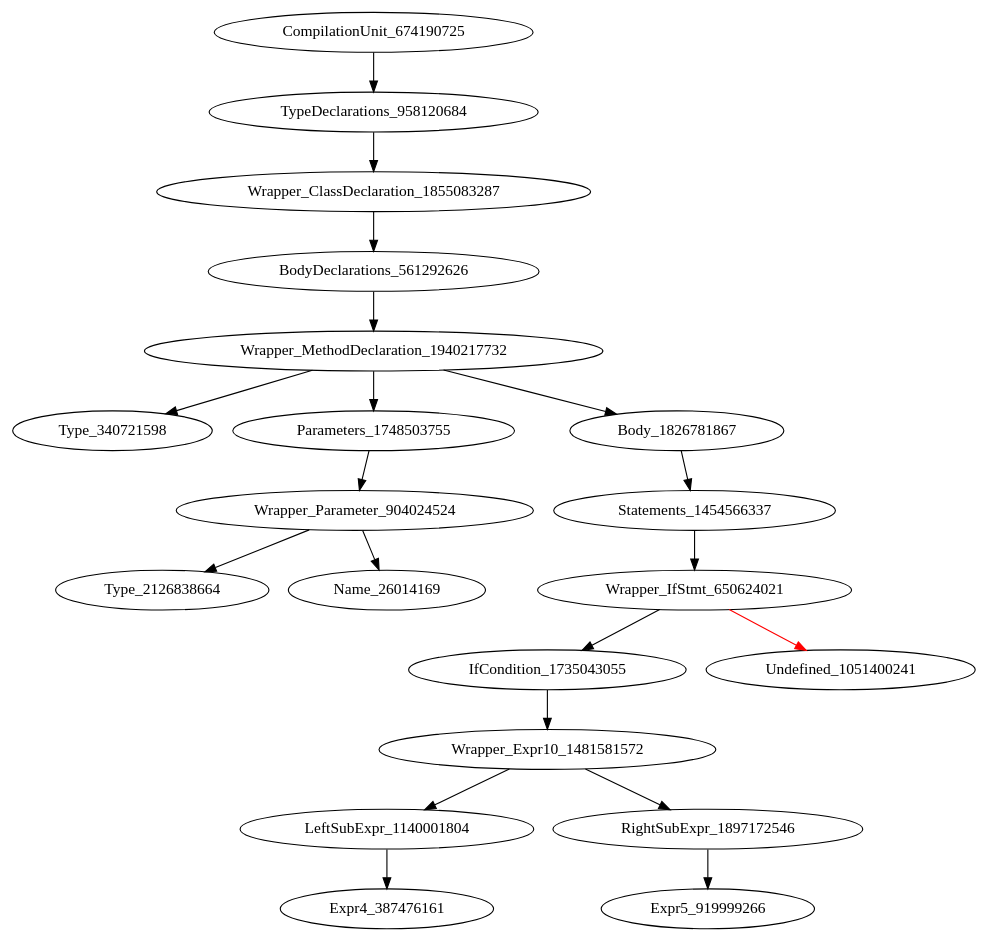
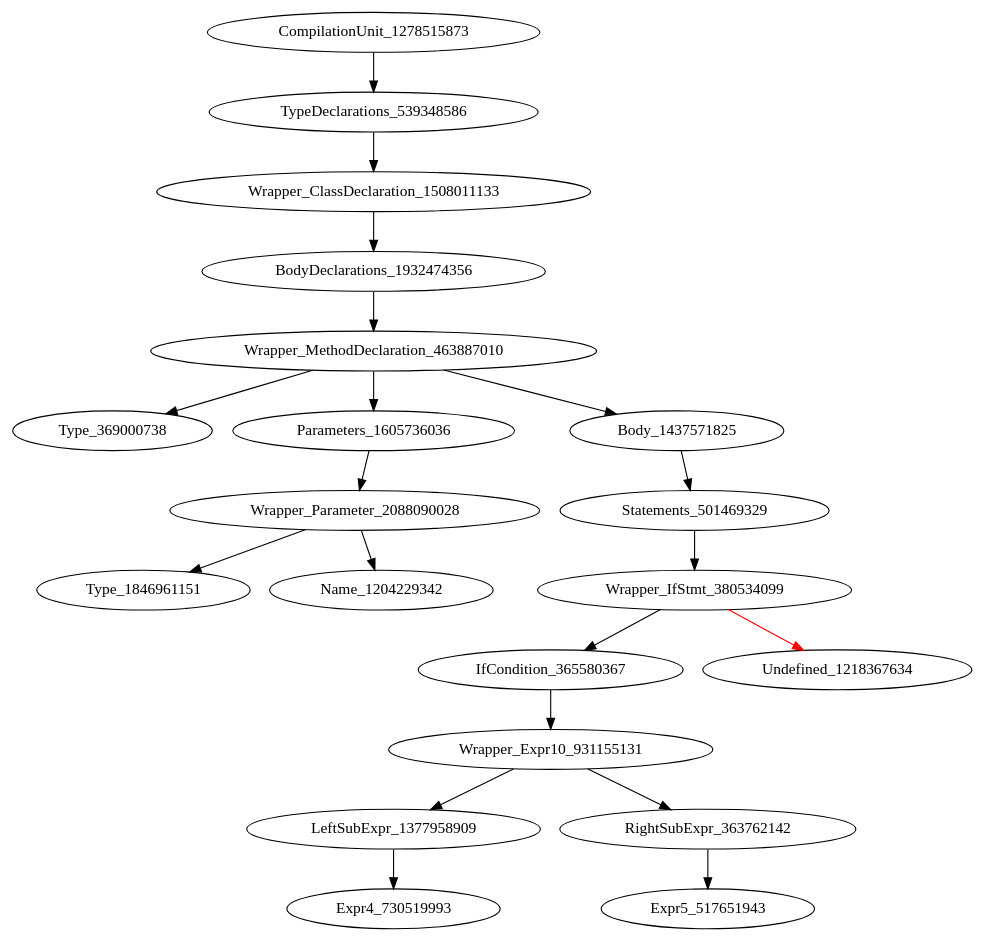
The diagram in holeAST.dot (icse2023material/VoiceJava), drawn with Graphviz before and after one commit. The commit also changed 27 other files, not shown here.

```diff
--- a/holeAST.dot
+++ b/holeAST.dot
@@ -1,21 +1,21 @@
 digraph {
-CompilationUnit_674190725 -> TypeDeclarations_958120684
-TypeDeclarations_958120684 -> Wrapper_ClassDeclaration_1855083287
-Wrapper_ClassDeclaration_1855083287 -> BodyDeclarations_561292626
-BodyDeclarations_561292626 -> Wrapper_MethodDeclaration_1940217732
-Wrapper_MethodDeclaration_1940217732 -> Type_340721598
-Wrapper_MethodDeclaration_1940217732 -> Parameters_1748503755
-Wrapper_MethodDeclaration_1940217732 -> Body_1826781867
-Parameters_1748503755 -> Wrapper_Parameter_904024524
-Body_1826781867 -> Statements_1454566337
-Wrapper_Parameter_904024524 -> Type_2126838664
-Wrapper_Parameter_904024524 -> Name_26014169
-Statements_1454566337 -> Wrapper_IfStmt_650624021
-Wrapper_IfStmt_650624021 -> IfCondition_1735043055
-Wrapper_IfStmt_650624021 -> Undefined_1051400241 [color = red] 
-IfCondition_1735043055 -> Wrapper_Expr10_1481581572
-Wrapper_Expr10_1481581572 -> LeftSubExpr_1140001804
-Wrapper_Expr10_1481581572 -> RightSubExpr_1897172546
-LeftSubExpr_1140001804 -> Expr4_387476161
-RightSubExpr_1897172546 -> Expr5_919999266
+CompilationUnit_1278515873 -> TypeDeclarations_539348586
+TypeDeclarations_539348586 -> Wrapper_ClassDeclaration_1508011133
+Wrapper_ClassDeclaration_1508011133 -> BodyDeclarations_1932474356
+BodyDeclarations_1932474356 -> Wrapper_MethodDeclaration_463887010
+Wrapper_MethodDeclaration_463887010 -> Type_369000738
+Wrapper_MethodDeclaration_463887010 -> Parameters_1605736036
+Wrapper_MethodDeclaration_463887010 -> Body_1437571825
+Parameters_1605736036 -> Wrapper_Parameter_2088090028
+Body_1437571825 -> Statements_501469329
+Wrapper_Parameter_2088090028 -> Type_1846961151
+Wrapper_Parameter_2088090028 -> Name_1204229342
+Statements_501469329 -> Wrapper_IfStmt_380534099
+Wrapper_IfStmt_380534099 -> IfCondition_365580367
+Wrapper_IfStmt_380534099 -> Undefined_1218367634 [color = red] 
+IfCondition_365580367 -> Wrapper_Expr10_931155131
+Wrapper_Expr10_931155131 -> LeftSubExpr_1377958909
+Wrapper_Expr10_931155131 -> RightSubExpr_363762142
+LeftSubExpr_1377958909 -> Expr4_730519993
+RightSubExpr_363762142 -> Expr5_517651943
 }
```
